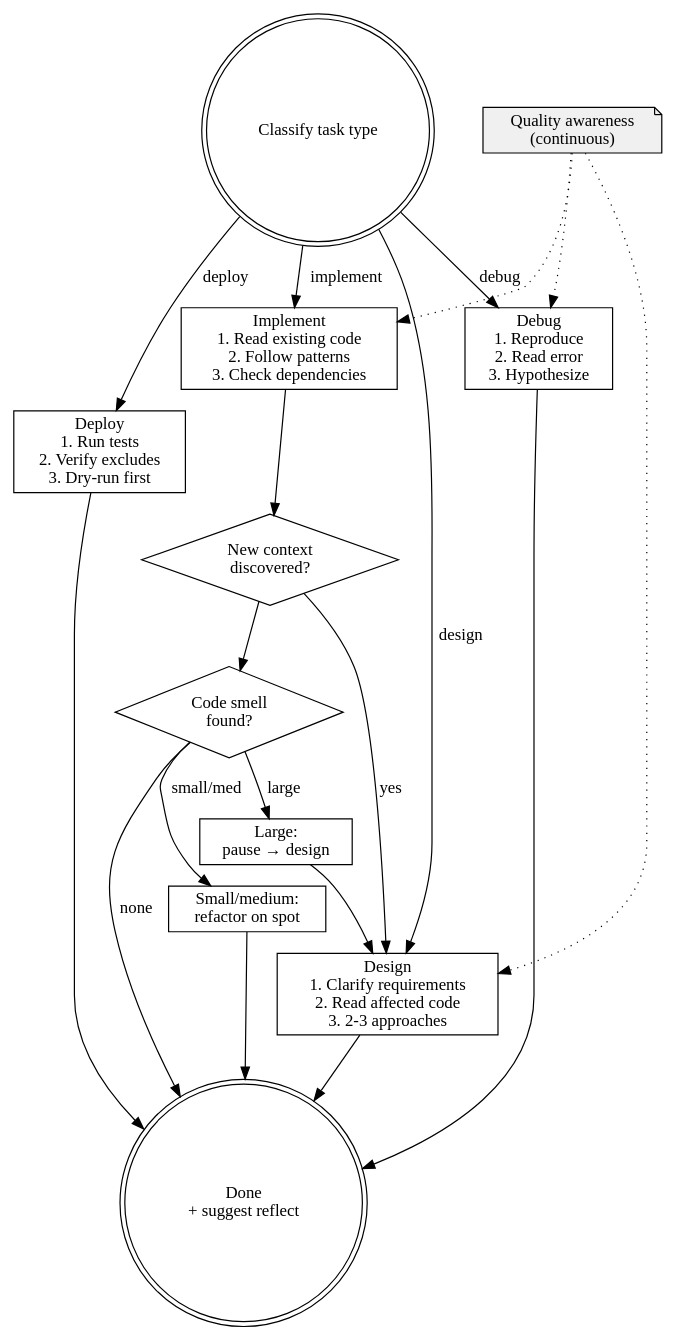
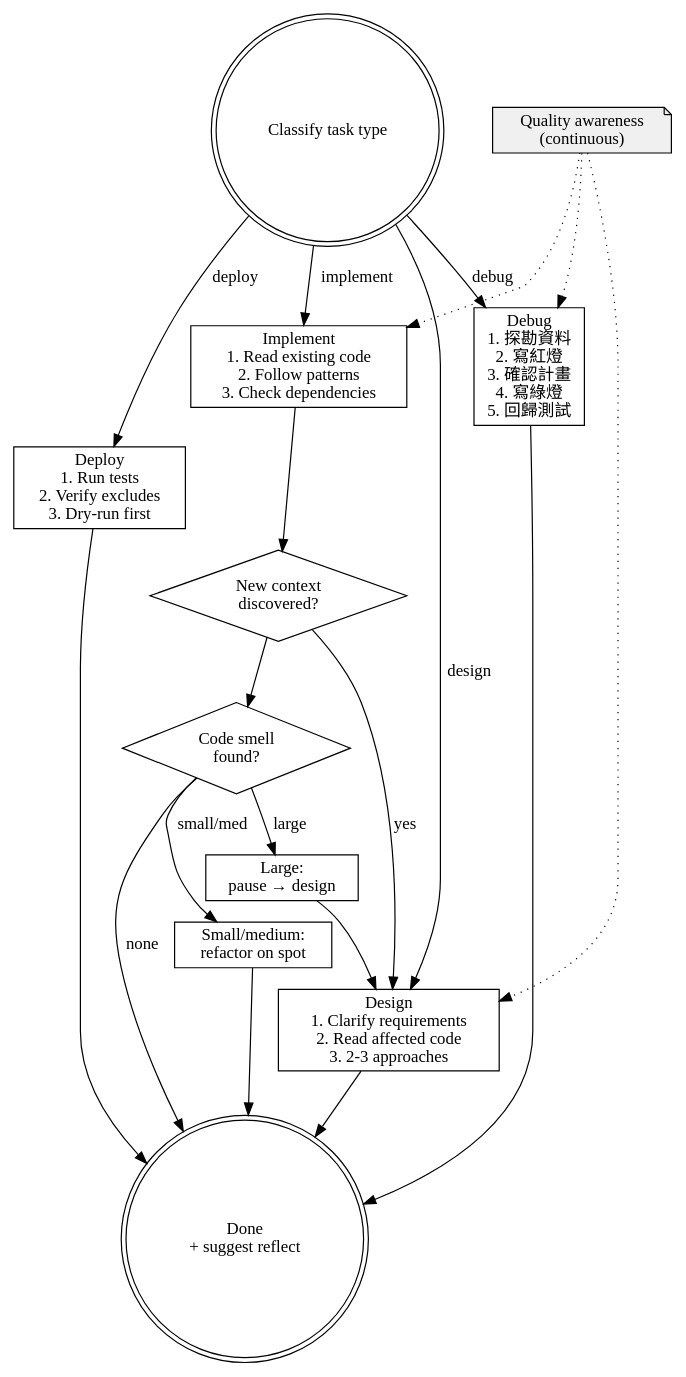
One commit to wayne930242/weihung-agent-root changed the diagram in skills/leveraging-tasks/SKILL.md. Above: the diagram before and after it, drawn with Graphviz. The commit also changed other lines of this file and 2 other files, not shown here.

First line of the commit message:
feat: strengthen leveraging-tasks routing and TDD debug flow

````diff
--- a/skills/leveraging-tasks/SKILL.md
+++ b/skills/leveraging-tasks/SKILL.md
@@ -102,42 +103,42 @@
 ```dot
 digraph leveraging {
     rankdir=TB;
     node [shape=box];
 
     classify [label="Classify task type", shape=doublecircle];
     quality [label="Quality awareness\n(continuous)", shape=note, style=filled, fillcolor="#f0f0f0"];
 
     implement [label="Implement\n1. Read existing code\n2. Follow patterns\n3. Check dependencies"];
     design [label="Design\n1. Clarify requirements\n2. Read affected code\n3. 2-3 approaches"];
-    debug [label="Debug\n1. Reproduce\n2. Read error\n3. Hypothesize"];
+    debug [label="Debug\n1. 探勘資料\n2. 寫紅燈\n3. 確認計畫\n4. 寫綠燈\n5. 回歸測試"];
     deploy [label="Deploy\n1. Run tests\n2. Verify excludes\n3. Dry-run first"];
 
     new_context [label="New context\ndiscovered?", shape=diamond];
     smell [label="Code smell\nfound?", shape=diamond];
     small_refactor [label="Small/medium:\nrefactor on spot"];
     large_refactor [label="Large:\npause → design"];
     done [label="Done\n+ suggest reflect", shape=doublecircle];
 
     classify -> implement [label="implement"];
     classify -> design [label="design"];
     classify -> debug [label="debug"];
     classify -> deploy [label="deploy"];
 
     quality -> implement [style=dotted];
     quality -> design [style=dotted];
     quality -> debug [style=dotted];
 
     implement -> new_context;
     new_context -> design [label="yes"];
     new_context -> smell;
     smell -> small_refactor [label="small/med"];
     smell -> large_refactor [label="large"];
     small_refactor -> done;
     large_refactor -> design;
     smell -> done [label="none"];
 
     design -> done;
     debug -> done;
     deploy -> done;
 }
 ```
````
